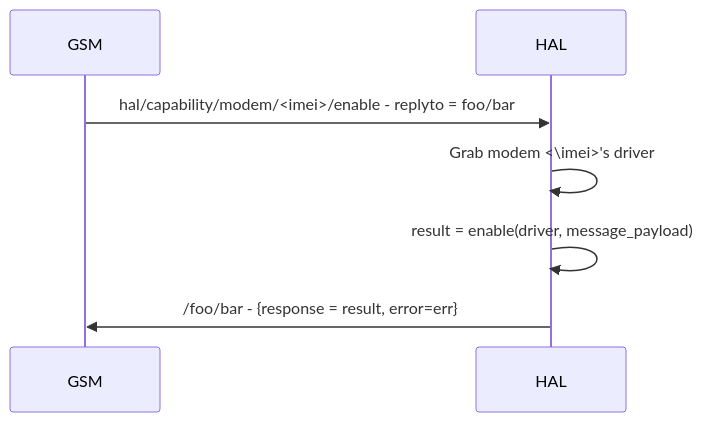
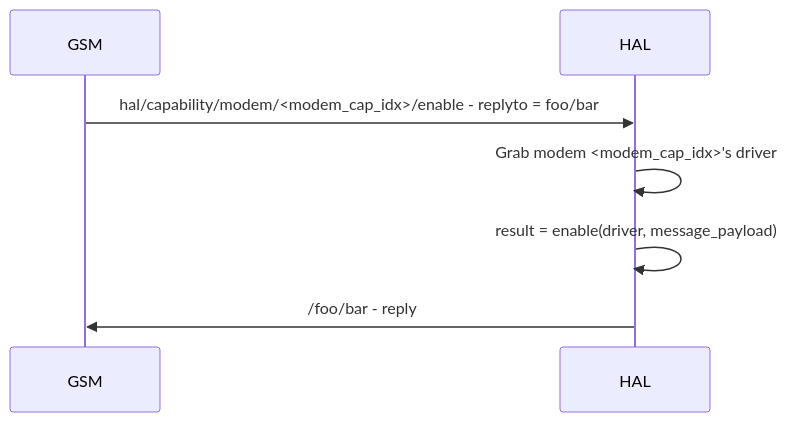
The second of 3 diagrams in sprint-docs/hal.md (jangala-dev/devicecode-lua), drawn with Mermaid before and after one commit. The commit also changed other lines of this file and 5 other files, not shown here.

````diff
--- a/sprint-docs/hal.md
+++ b/sprint-docs/hal.md
@@ -73,7 +86,7 @@
 ```mermaid
 sequenceDiagram
-    GSM->>HAL: hal/capability/modem/<imei>/enable - replyto = foo/bar
-    HAL->>HAL: Grab modem <\imei>'s driver
+    GSM->>HAL: hal/capability/modem/<modem_cap_idx>/enable - replyto = foo/bar
+    HAL->>HAL: Grab modem <modem_cap_idx>'s driver
     HAL->>HAL: result = enable(driver, message_payload)
-    HAL->>GSM: /foo/bar - {response = result, error=err}
+    HAL->>GSM: /foo/bar - reply
 ```
````
